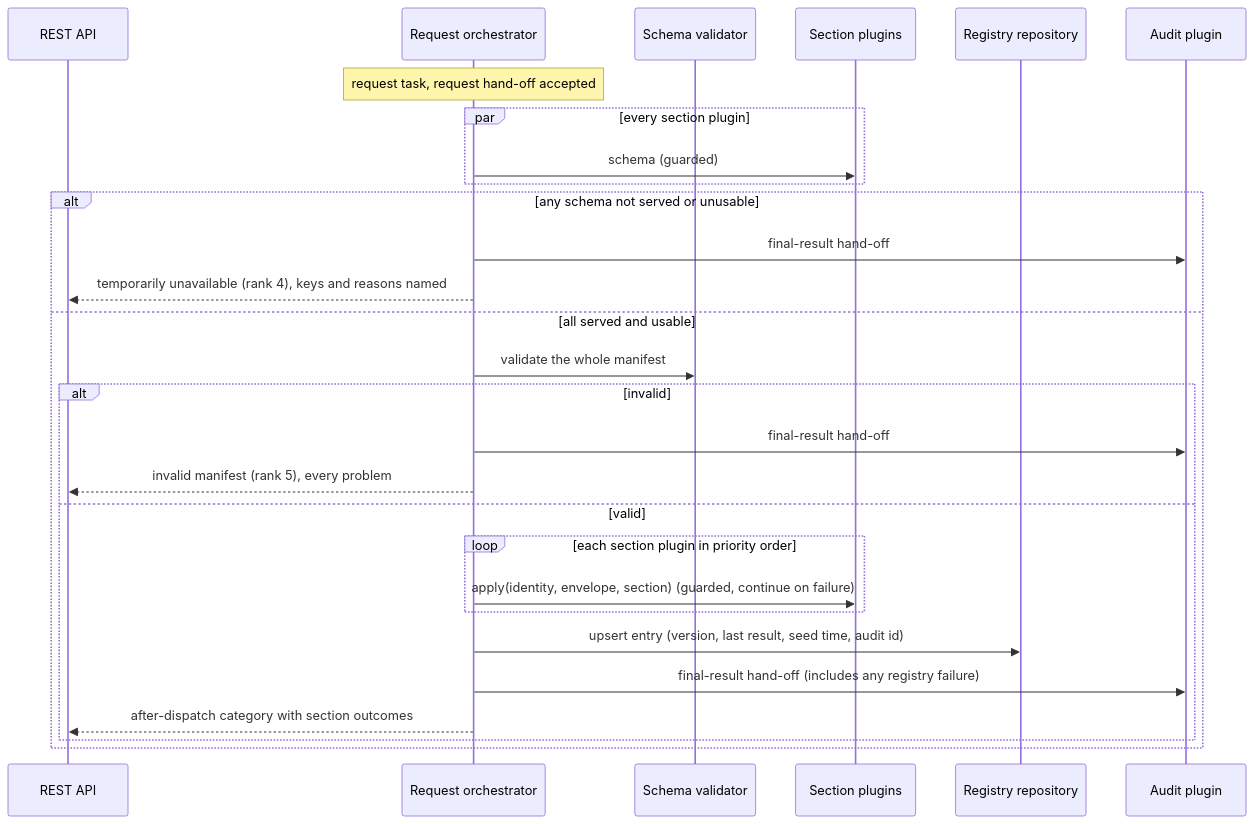
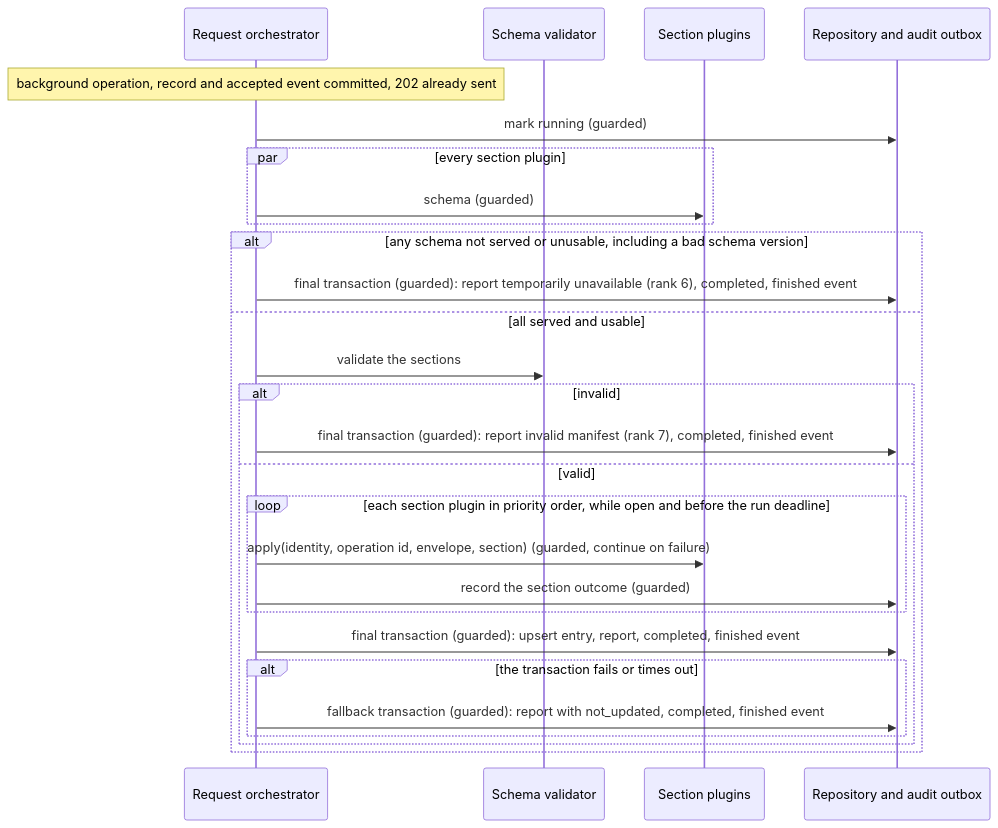
Before and after one commit to constructorfabric/gears-rust: the sixth of 12 diagrams in gears/system/application-manager/docs/DESIGN.md, drawn with Mermaid. The commit also changed other lines of this file and 8 other files, not shown here.

````diff
--- a/gears/system/application-manager/docs/DESIGN.md
+++ b/gears/system/application-manager/docs/DESIGN.md
@@ -1073,30 +1208,29 @@
 ```mermaid
 sequenceDiagram
-    participant API as REST API
     participant O as Request orchestrator
     participant V as Schema validator
     participant P as Section plugins
-    participant R as Registry repository
-    participant A as Audit plugin
-    Note over O: request task, request hand-off accepted
+    participant R as Repository and audit outbox
+    Note over O: background operation, record and accepted event committed, 202 already sent
+    O ->> R: mark running (guarded)
     par every section plugin
         O ->> P: schema (guarded)
     end
-    alt any schema not served or unusable
-        O ->> A: final-result hand-off
-        O -->> API: temporarily unavailable (rank 4), keys and reasons named
+    alt any schema not served or unusable, including a bad schema version
+        O ->> R: final transaction (guarded): report temporarily unavailable (rank 6), completed, finished event
     else all served and usable
-        O ->> V: validate the whole manifest
+        O ->> V: validate the sections
         alt invalid
-            O ->> A: final-result hand-off
-            O -->> API: invalid manifest (rank 5), every problem
+            O ->> R: final transaction (guarded): report invalid manifest (rank 7), completed, finished event
         else valid
-            loop each section plugin in priority order
-                O ->> P: apply(identity, envelope, section) (guarded, continue on failure)
+            loop each section plugin in priority order, while open and before the run deadline
+                O ->> P: apply(identity, operation id, envelope, section) (guarded, continue on failure)
+                O ->> R: record the section outcome (guarded)
             end
-            O ->> R: upsert entry (version, last result, seed time, audit id)
-            O ->> A: final-result hand-off (includes any registry failure)
-            O -->> API: after-dispatch category with section outcomes
+            O ->> R: final transaction (guarded): upsert entry, report, completed, finished event
+            alt the transaction fails or times out
+                O ->> R: fallback transaction (guarded): report with not_updated, completed, finished event
+            end
         end
     end
 ```
````
